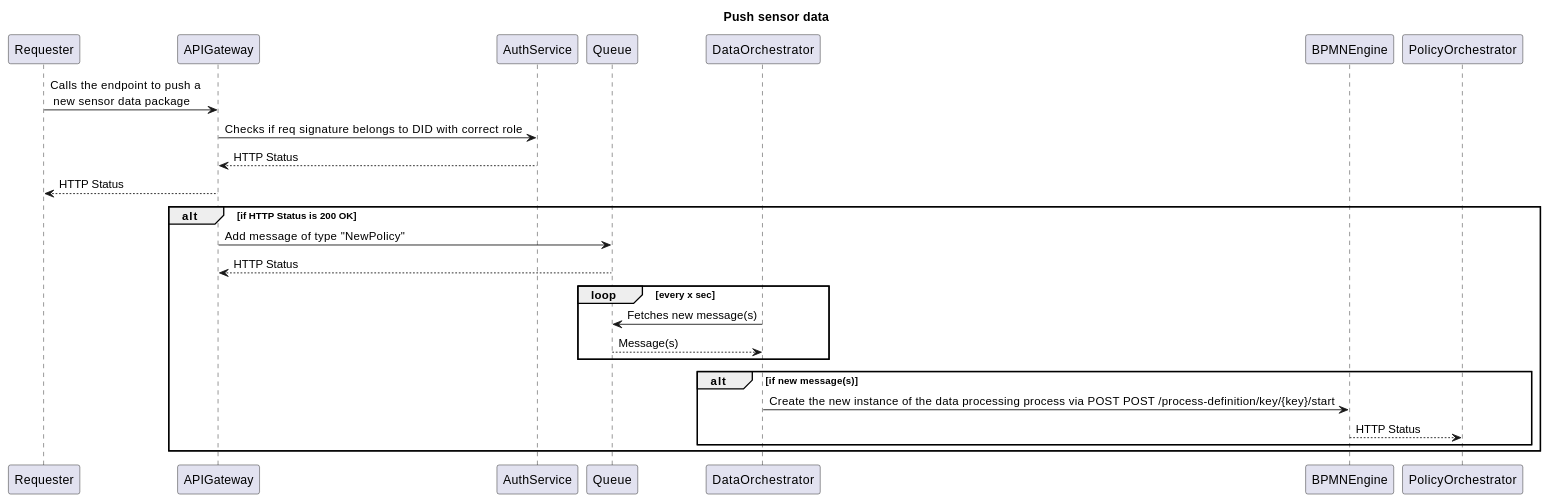
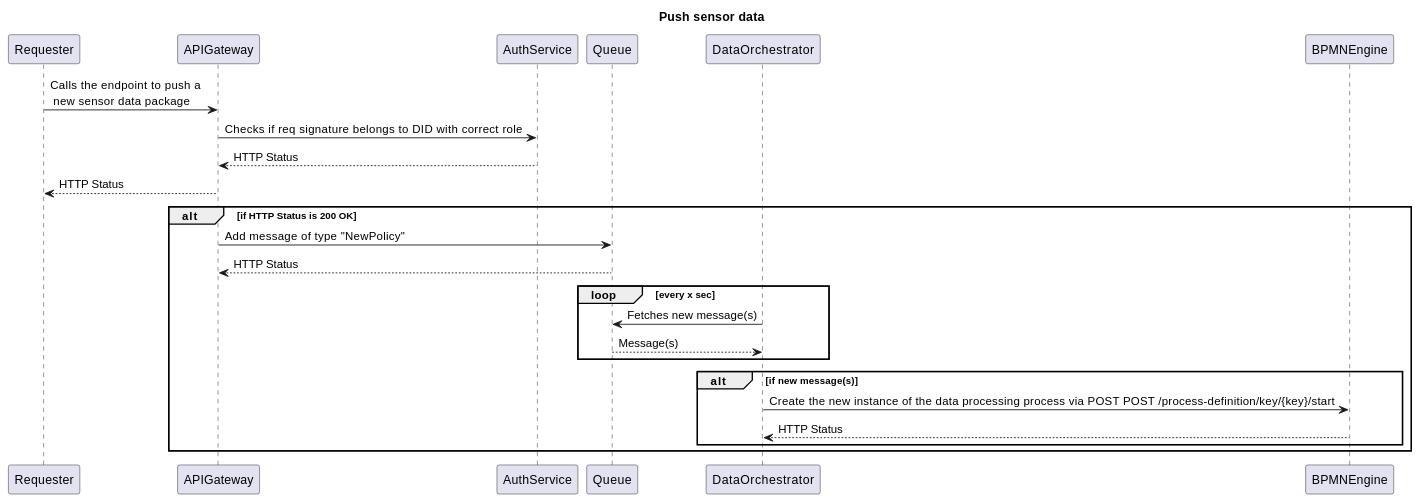
The second of 2 diagrams in architecture/02_architecture/04_runtime_view.adoc (Swiss-Digital-Assets-Institute/hashgraph-arch-doc-template), drawn with PlantUML before and after one commit.

Commit message:
Fixed the SD for pushing data

```diff
--- a/architecture/02_architecture/04_runtime_view.adoc
+++ b/architecture/02_architecture/04_runtime_view.adoc
@@ -61,34 +61,34 @@
 [plantuml, target=images/deployment, format=svg]
 ----
 @startuml
 title Push sensor data
 
 participant Requester
 participant APIGateway
 participant AuthService
 participant Queue
 participant DataOrchestrator
 participant BPMNEngine
 
 
 Requester->APIGateway:Calls the endpoint to push a \n new sensor data package
 APIGateway->AuthService: Checks if req signature belongs to DID with correct role
 APIGateway<--AuthService: HTTP Status
 APIGateway-->Requester: HTTP Status
 
 alt if HTTP Status is 200 OK
 APIGateway -> Queue: Add message of type "NewPolicy"
 Queue --> APIGateway: HTTP Status
 
 loop every x sec
 DataOrchestrator -> Queue: Fetches new message(s)
 DataOrchestrator <-- Queue: Message(s)
 end
 
 alt if new message(s)
 DataOrchestrator -> BPMNEngine: Create the new instance of the data processing process via POST POST /process-definition/key/{key}/start
-PolicyOrchestrator <-- BPMNEngine: HTTP Status
+DataOrchestrator <-- BPMNEngine: HTTP Status
 end
 end
 @enduml
 ----
```
